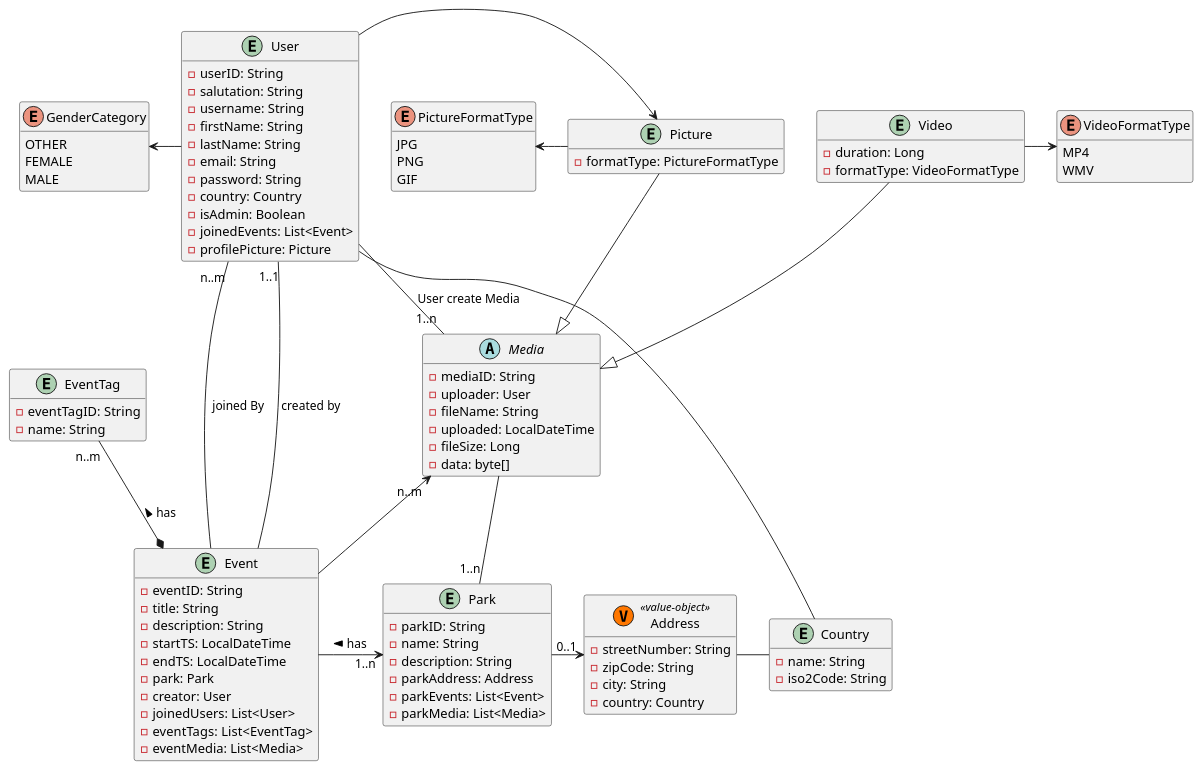
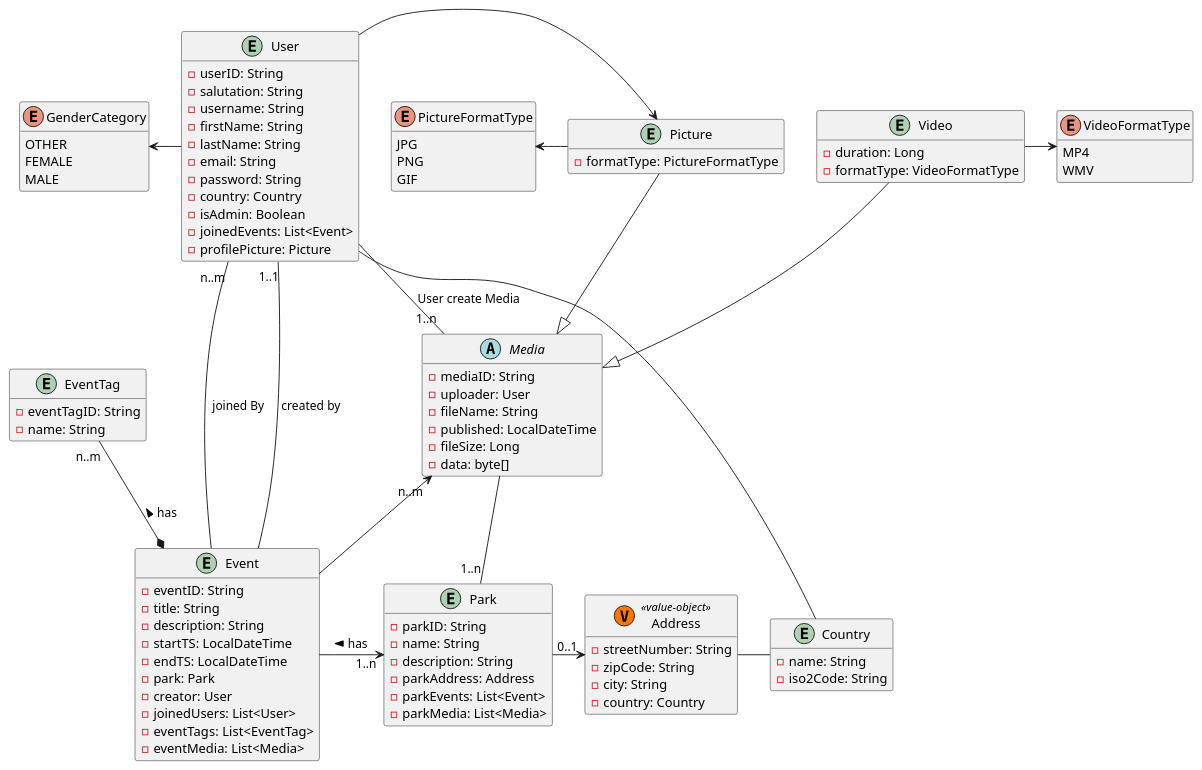
The diagram in uml/domain.puml (Lucaww23e013/ParkPal_Backend), drawn with PlantUML before and after one commit. The commit also changed 2 other files, not shown here.

```diff
--- a/uml/domain.puml
+++ b/uml/domain.puml
@@ -1,111 +1,111 @@
 @startuml
 'https://plantuml.com/class-diagram
 
 hide empty methods
 
 entity User {
     - userID: String
     - salutation: String
     - username: String
     - firstName: String
     - lastName: String
     - email: String
     - password: String
     - country: Country
     - isAdmin: Boolean
     - joinedEvents: List<Event>
     - profilePicture: Picture
 }
 
 enum GenderCategory {
     OTHER
     FEMALE
     MALE
 }
 
 entity Event {
     - eventID: String
     - title: String
     - description: String
     - startTS: LocalDateTime
     - endTS: LocalDateTime
     - park: Park
     - creator: User
     - joinedUsers: List<User>
     - eventTags: List<EventTag>
     - eventMedia: List<Media>
 }
 
 entity EventTag {
     - eventTagID: String
     - name: String
 }
 
 enum VideoFormatType {
     MP4
     WMV
 }
 
 enum PictureFormatType {
     JPG
     PNG
     GIF
 }
 
 abstract class Media {
     - mediaID: String
     - uploader: User
     - fileName: String
-    - uploaded: LocalDateTime
+    - published: LocalDateTime
     - fileSize: Long
     - data: byte[]
 }
 
 entity Video {
     - duration: Long
     - formatType: VideoFormatType
 }
 
 entity Picture {
     - formatType: PictureFormatType
 
 }
 
 entity Park {
     - parkID: String
     - name: String
     - description: String
     - parkAddress: Address
     - parkEvents: List<Event>
     - parkMedia: List<Media>
 }
 
 class Address <<(V, #FF7700) value-object>> {
     - streetNumber: String
     - zipCode: String
     - city: String
     - country: Country
 }
 
 entity Country {
     - name: String
     - iso2Code: String
 }
 
 User "1..1" -- Event : created by
 Event --right> "1..n" Park : has <
 Event -left- "n..m" User : joined By
 EventTag "n..m" --* Event : has <
 Media "n..m" <-- Event
 User -- "1..n" Media : User create Media
 Park "1..n" -- Media
 User -- Country
 Address - Country
 Park -right> "0..1" Address
 User -> Picture
 Video --|> Media
 Picture --|> Media
 User -left> GenderCategory
 Video -> VideoFormatType
 Picture -left> PictureFormatType
 @enduml
```
